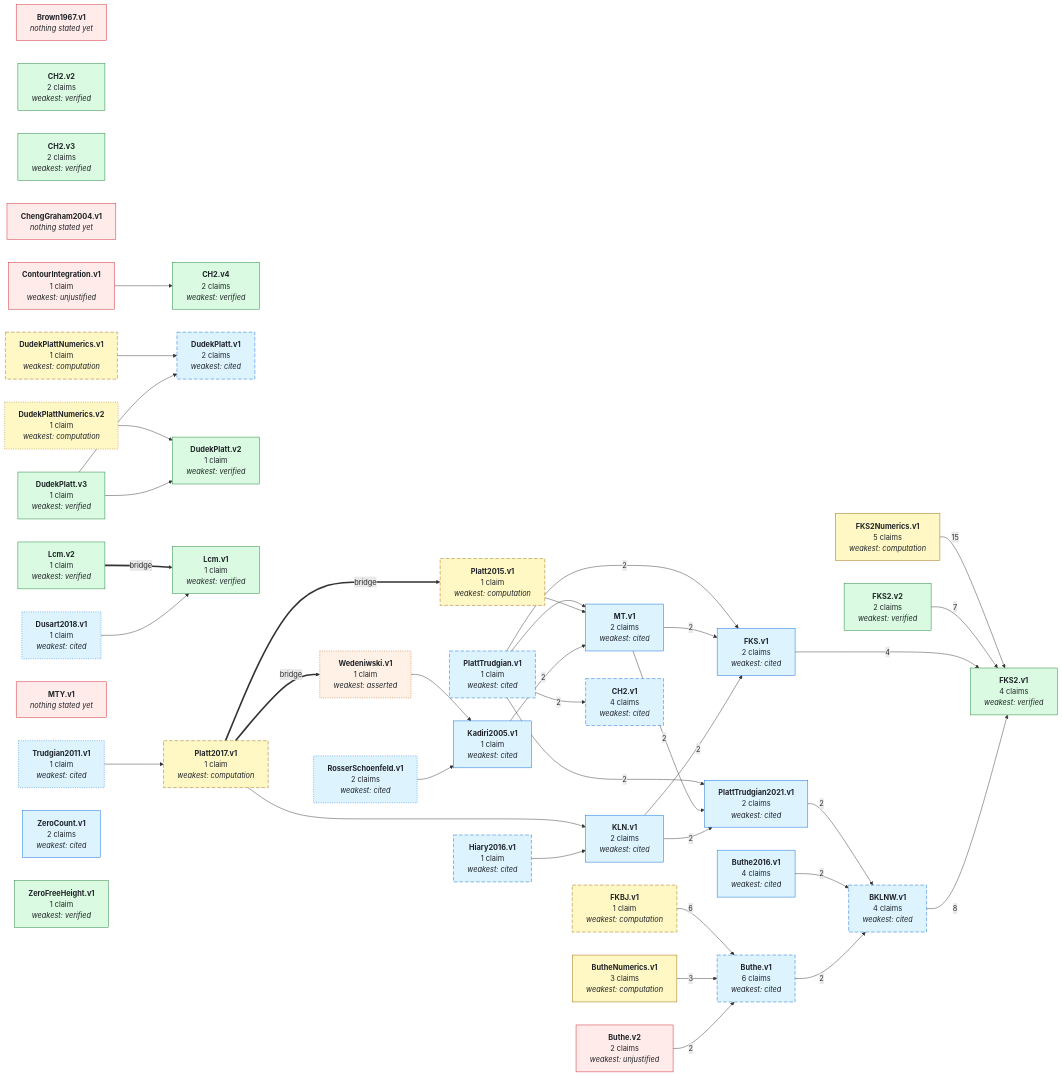
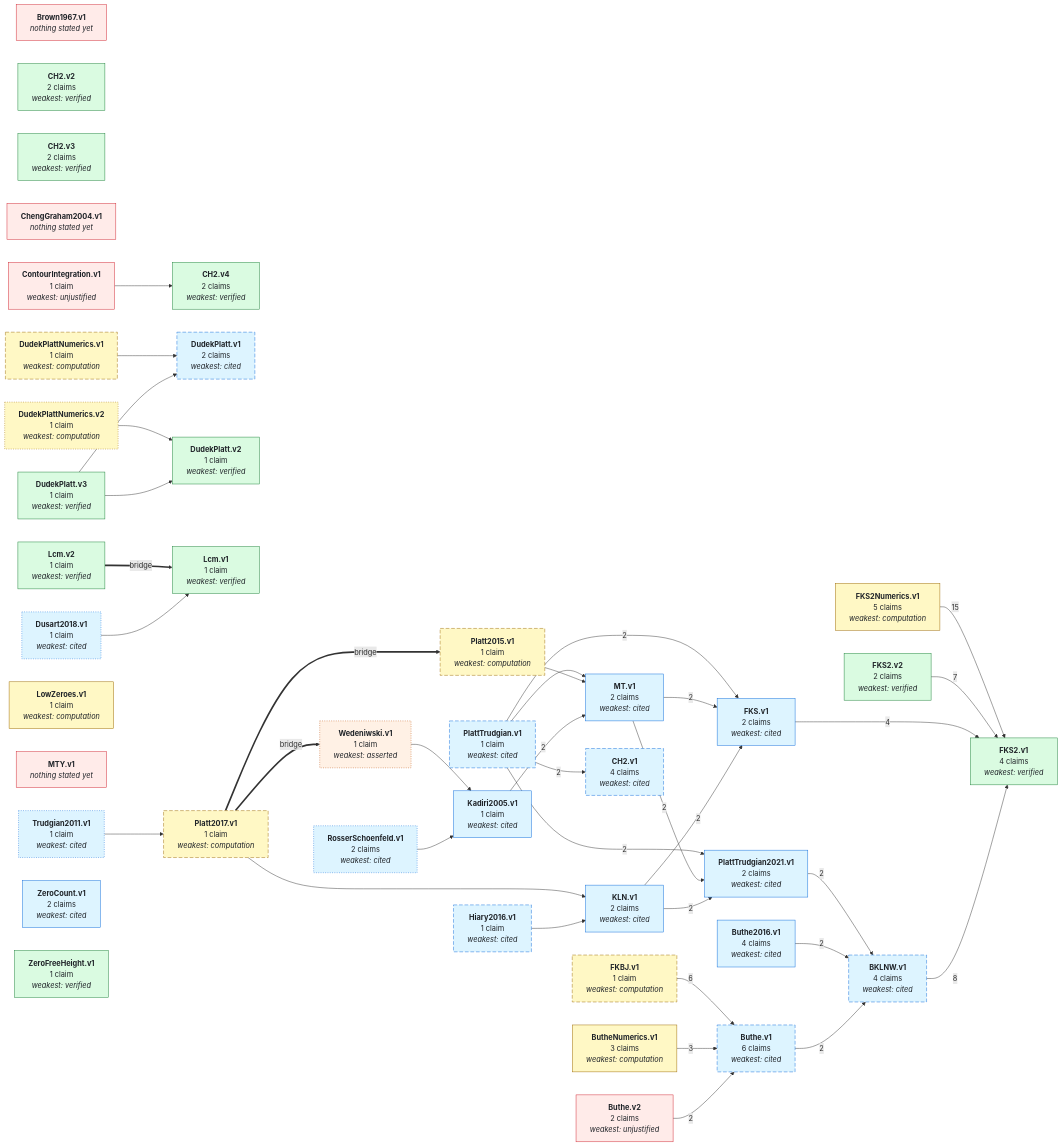
Before and after one commit to teorth/IEANTN: the first of 2 diagrams in GRAPH.md, drawn with Mermaid. The commit also changed other lines of this file and 8 other files, not shown here.

```diff
--- a/GRAPH.md
+++ b/GRAPH.md
@@ -80,6 +80,7 @@
   NKadiri2005_v1["<b>Kadiri2005.v1</b><br/>1 claim<br/><i>weakest: cited</i>"]
   NLcm_v1["<b>Lcm.v1</b><br/>1 claim<br/><i>weakest: verified</i>"]
   NLcm_v2["<b>Lcm.v2</b><br/>1 claim<br/><i>weakest: verified</i>"]
+  NLowZeroes_v1["<b>LowZeroes.v1</b><br/>1 claim<br/><i>weakest: computation</i>"]
   NMT_v1["<b>MT.v1</b><br/>2 claims<br/><i>weakest: cited</i>"]
   NMTY_v1["<b>MTY.v1</b><br/><i>nothing stated yet</i>"]
   NPlatt2015_v1["<b>Platt2015.v1</b><br/>1 claim<br/><i>weakest: computation</i>"]
@@ -143,7 +144,7 @@
   class NBrown1967_v1,NButhe_v2,NChengGraham2004_v1,NContourIntegration_v1,NMTY_v1 none_yet;
   class NWedeniwski_v1 asserted;
   class NBKLNW_v1,NButhe_v1,NButhe2016_v1,NCH2_v1,NDudekPlatt_v1,NDusart2018_v1,NFKS_v1,NHiary2016_v1,NKLN_v1,NKadiri2005_v1,NMT_v1,NPlattTrudgian_v1,NPlattTrudgian2021_v1,NRosserSchoenfeld_v1,NTrudgian2011_v1,NZeroCount_v1 literature;
-  class NButheNumerics_v1,NDudekPlattNumerics_v1,NDudekPlattNumerics_v2,NFKBJ_v1,NFKS2Numerics_v1,NPlatt2015_v1,NPlatt2017_v1 numerical;
+  class NButheNumerics_v1,NDudekPlattNumerics_v1,NDudekPlattNumerics_v2,NFKBJ_v1,NFKS2Numerics_v1,NLowZeroes_v1,NPlatt2015_v1,NPlatt2017_v1 numerical;
   class NCH2_v2,NCH2_v3,NCH2_v4,NDudekPlatt_v2,NDudekPlatt_v3,NFKS2_v1,NFKS2_v2,NLcm_v1,NLcm_v2,NZeroFreeHeight_v1 lean_comparator;
   click NBKLNW_v1 href "https://github.com/teorth/IEANTN/blob/main/docs/nodes/BKLNW-v1.md" _blank
   click NButhe_v1 href "https://github.com/teorth/IEANTN/blob/main/docs/nodes/Buthe-v1.md" _blank
@@ -171,6 +172,7 @@
   click NKadiri2005_v1 href "https://github.com/teorth/IEANTN/blob/main/docs/nodes/Kadiri2005-v1.md" _blank
   click NLcm_v1 href "https://github.com/teorth/IEANTN/blob/main/docs/nodes/Lcm-v1.md" _blank
   click NLcm_v2 href "https://github.com/teorth/IEANTN/blob/main/docs/nodes/Lcm-v2.md" _blank
+  click NLowZeroes_v1 href "https://github.com/teorth/IEANTN/blob/main/docs/nodes/LowZeroes-v1.md" _blank
   click NMT_v1 href "https://github.com/teorth/IEANTN/blob/main/docs/nodes/MT-v1.md" _blank
   click NPlatt2015_v1 href "https://github.com/teorth/IEANTN/blob/main/docs/nodes/Platt2015-v1.md" _blank
   click NPlatt2017_v1 href "https://github.com/teorth/IEANTN/blob/main/docs/nodes/Platt2017-v1.md" _blank
```
